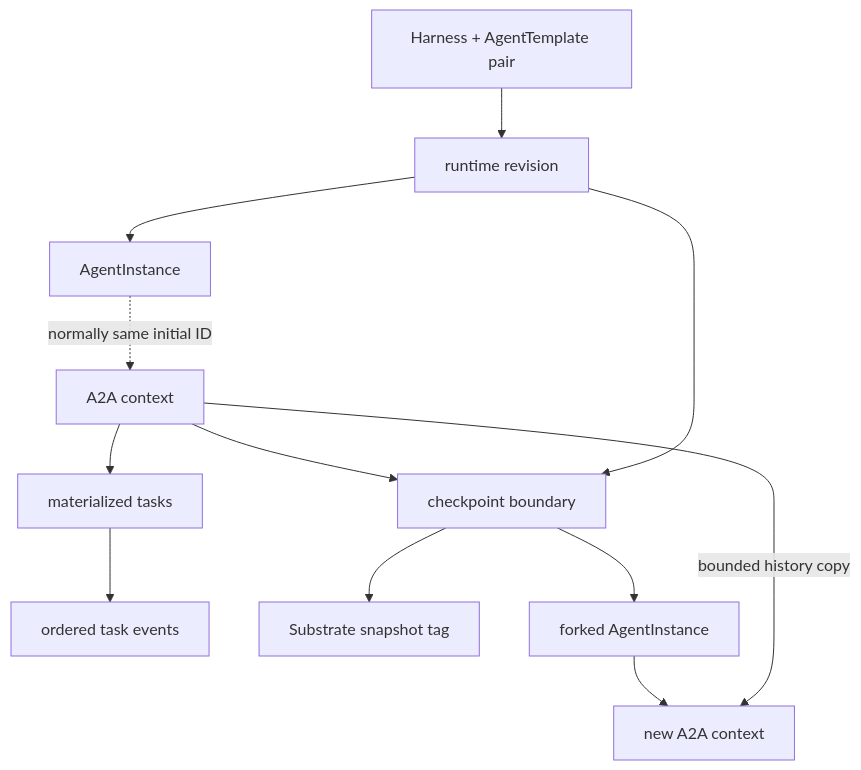
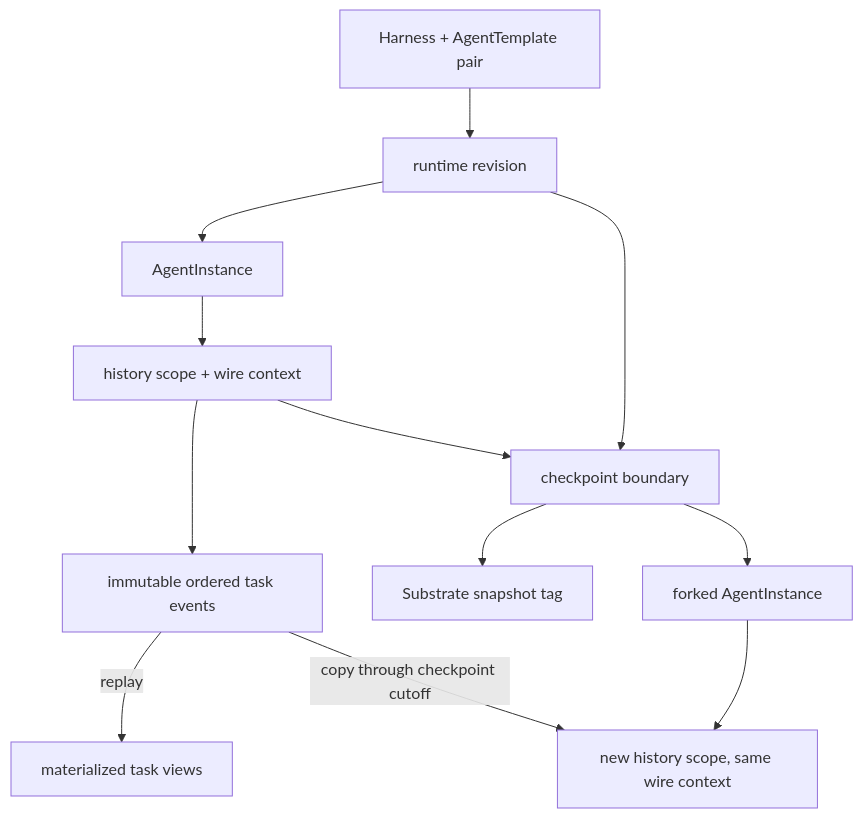
The diagram in docs/architecture/persistence-checkpoints-and-forks.md (kagent-dev/kagent), drawn with Mermaid before and after one commit. The commit also changed other lines of this file and 37 other files, not shown here.

````diff
--- a/docs/architecture/persistence-checkpoints-and-forks.md
+++ b/docs/architecture/persistence-checkpoints-and-forks.md
@@ -26,14 +29,14 @@
 ```mermaid
 flowchart TD
     PAIR[Harness + AgentTemplate pair] --> REV[runtime revision]
     REV --> INSTANCE[AgentInstance]
-    INSTANCE -. normally same initial ID .-> CONTEXT[A2A context]
-    CONTEXT --> TASK[materialized tasks]
-    TASK --> EVENT[ordered task events]
+    INSTANCE --> CONTEXT[history scope + wire context]
+    CONTEXT --> EVENT[immutable ordered task events]
+    EVENT -->|replay| TASK[materialized task views]
     CONTEXT --> CHECKPOINT[checkpoint boundary]
     REV --> CHECKPOINT
     CHECKPOINT --> TAG[Substrate snapshot tag]
     CHECKPOINT --> FORK[forked AgentInstance]
-    FORK --> NEWCTX[new A2A context]
-    CONTEXT -->|bounded history copy| NEWCTX
+    FORK --> NEWCTX[new history scope, same wire context]
+    EVENT -->|copy through checkpoint cutoff| NEWCTX
 ```
````
